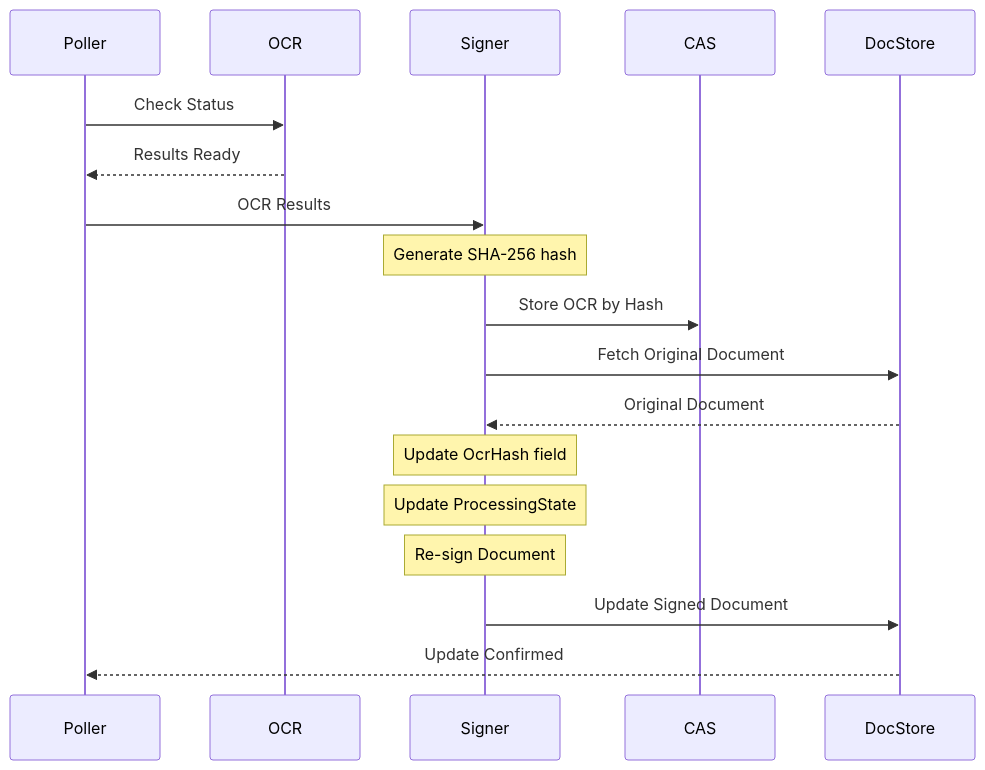
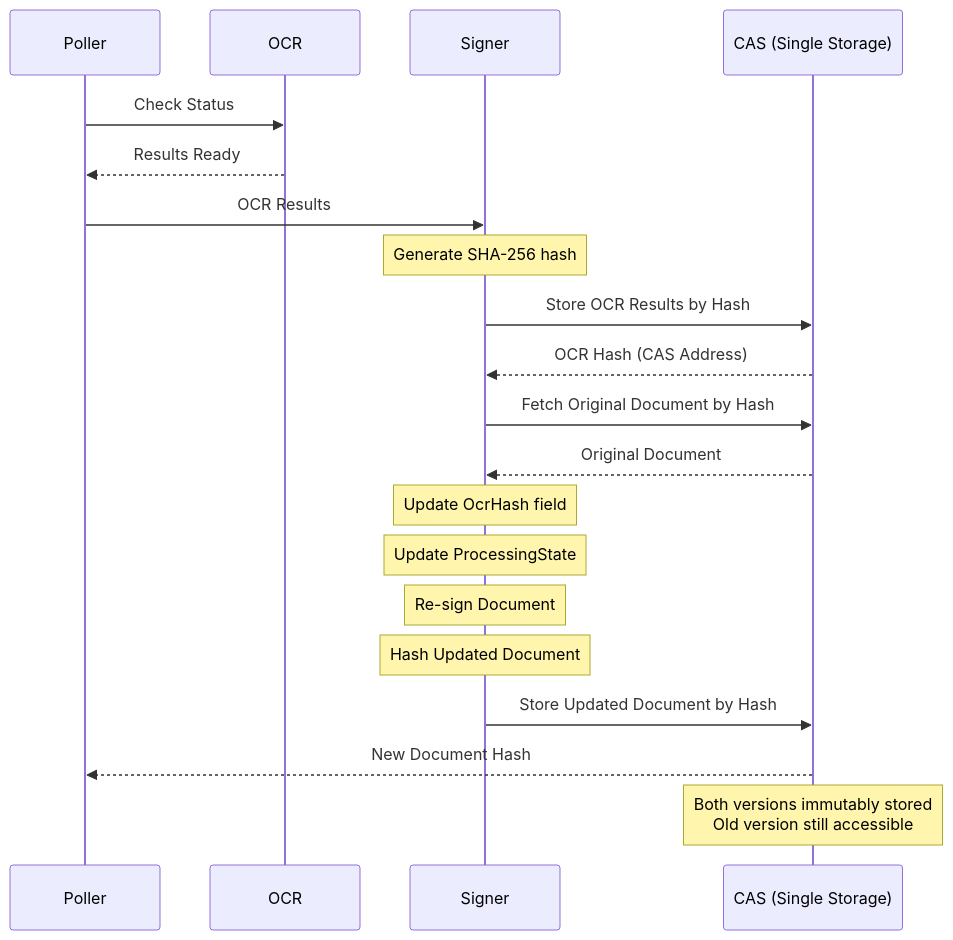
Before and after one commit to o2alexanderfedin/Nolock.social.frontends: the sixth of 20 diagrams in docs/architecture/features/document-scanner/ocr-scanner-architecture.md, drawn with Mermaid. The commit also changed other lines of this file, not shown here.

First line of the commit message:
refactor: clarify CAS-only storage architecture in OCR scanner documentation

````diff
--- a/docs/architecture/features/document-scanner/ocr-scanner-architecture.md
+++ b/docs/architecture/features/document-scanner/ocr-scanner-architecture.md
@@ -380,25 +394,28 @@
 ```mermaid
 sequenceDiagram
     participant Poller
     participant OCR
     participant Signer
-    participant CAS
-    participant DocStore
+    participant CAS as CAS (Single Storage)
     
     Poller->>OCR: Check Status
     OCR-->>Poller: Results Ready
     
     Poller->>Signer: OCR Results
     Note over Signer: Generate SHA-256 hash
-    Signer->>CAS: Store OCR by Hash
+    Signer->>CAS: Store OCR Results by Hash
+    CAS-->>Signer: OCR Hash (CAS Address)
     
-    Signer->>DocStore: Fetch Original Document
-    DocStore-->>Signer: Original Document
+    Signer->>CAS: Fetch Original Document by Hash
+    CAS-->>Signer: Original Document
     
     Note over Signer: Update OcrHash field
     Note over Signer: Update ProcessingState
     Note over Signer: Re-sign Document
+    Note over Signer: Hash Updated Document
     
-    Signer->>DocStore: Update Signed Document
-    DocStore-->>Poller: Update Confirmed
+    Signer->>CAS: Store Updated Document by Hash
+    CAS-->>Poller: New Document Hash
+    
+    Note over CAS: Both versions immutably stored<br/>Old version still accessible
 ```
````
